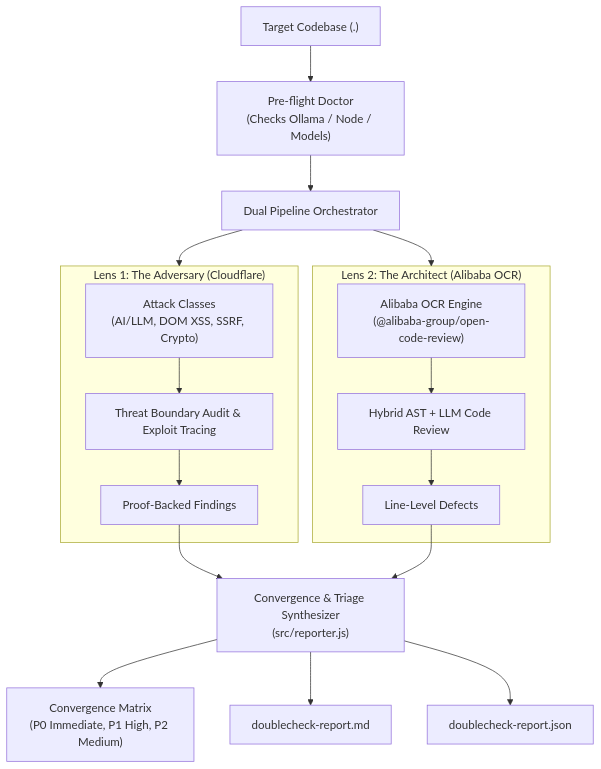
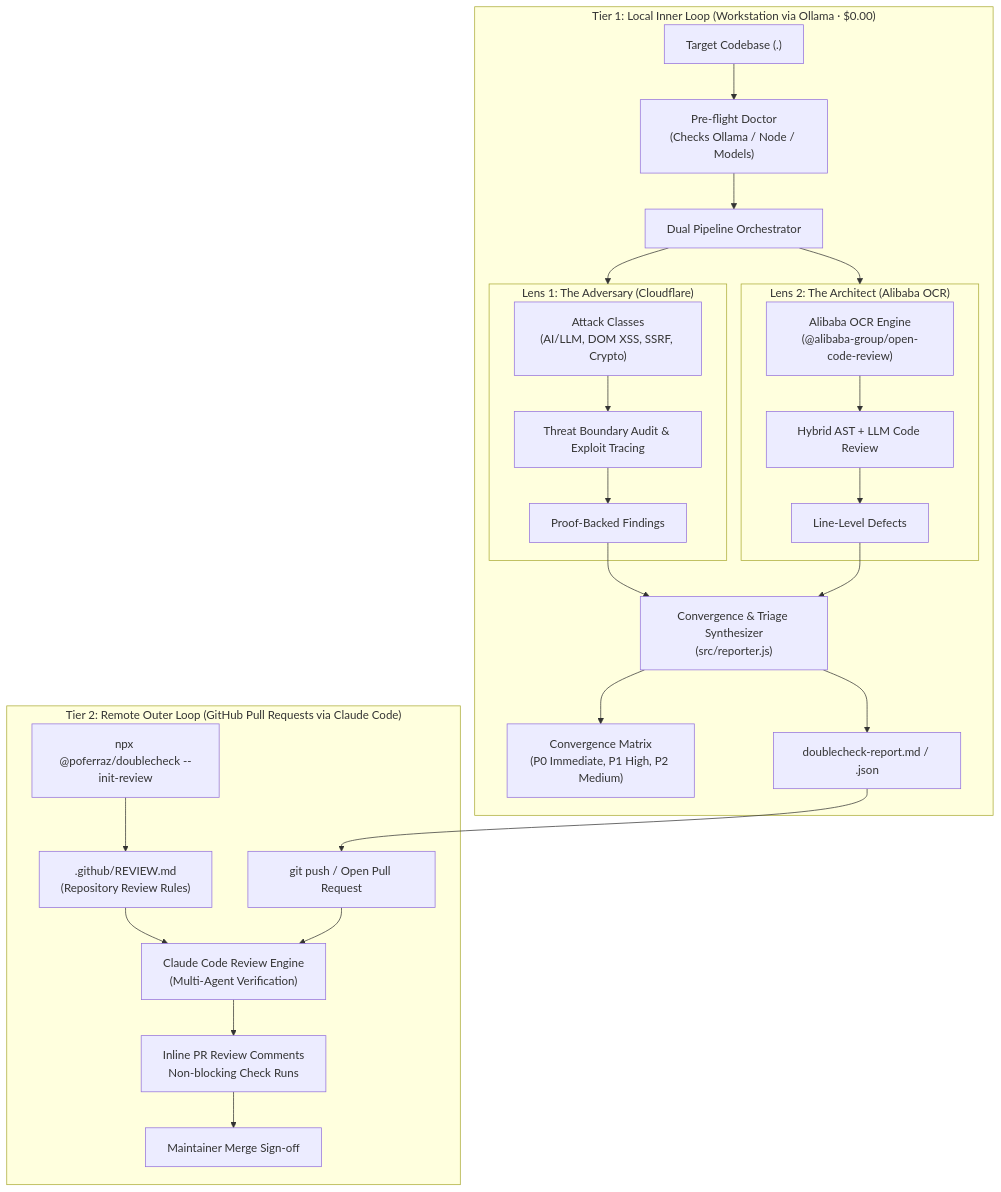
The diagram in README.md (poferraz/doublecheck), drawn with Mermaid before and after one commit. The commit also changed other lines of this file, not shown here.

Commit message:
docs(readme): overhaul README with Claude Code Review prominence, TOC, and reference tables

````diff
--- a/README.md
+++ b/README.md
@@ -67,25 +108,35 @@
 ```mermaid
 flowchart TD
-    Target["Target Codebase (.)"] --> Doctor["Pre-flight Doctor\n(Checks Ollama / Node / Models)"]
-    Doctor --> Orchestrator["Dual Pipeline Orchestrator"]
-    
-    subgraph Lens1 ["Lens 1: The Adversary (Cloudflare)"]
-        CF_Rules["Attack Classes\n(AI/LLM, DOM XSS, SSRF, Crypto)"] --> CF_Hunt["Threat Boundary Audit & Exploit Tracing"]
-        CF_Hunt --> CF_Findings["Proof-Backed Findings"]
+    subgraph Tier1 ["Tier 1: Local Inner Loop (Workstation via Ollama · $0.00)"]
+        Target["Target Codebase (.)"] --> Doctor["Pre-flight Doctor\n(Checks Ollama / Node / Models)"]
+        Doctor --> Orchestrator["Dual Pipeline Orchestrator"]
+        
+        subgraph Lens1 ["Lens 1: The Adversary (Cloudflare)"]
+            CF_Rules["Attack Classes\n(AI/LLM, DOM XSS, SSRF, Crypto)"] --> CF_Hunt["Threat Boundary Audit & Exploit Tracing"]
+            CF_Hunt --> CF_Findings["Proof-Backed Findings"]
+        end
+        
+        subgraph Lens2 ["Lens 2: The Architect (Alibaba OCR)"]
+            Ali_Engine["Alibaba OCR Engine\n(@alibaba-group/open-code-review)"] --> Ali_AST["Hybrid AST + LLM Code Review"]
+            Ali_AST --> Ali_Comments["Line-Level Defects"]
+        end
+        
+        Orchestrator --> Lens1
+        Orchestrator --> Lens2
+        
+        CF_Findings --> Synthesizer["Convergence & Triage Synthesizer\n(src/reporter.js)"]
+        Ali_Comments --> Synthesizer
+        
+        Synthesizer --> Matrix["Convergence Matrix\n(P0 Immediate, P1 High, P2 Medium)"]
+        Synthesizer --> LocalReports["doublecheck-report.md / .json"]
     end
-    
-    subgraph Lens2 ["Lens 2: The Architect (Alibaba OCR)"]
-        Ali_Engine["Alibaba OCR Engine\n(@alibaba-group/open-code-review)"] --> Ali_AST["Hybrid AST + LLM Code Review"]
-        Ali_AST --> Ali_Comments["Line-Level Defects"]
+
+    subgraph Tier2 ["Tier 2: Remote Outer Loop (GitHub Pull Requests via Claude Code)"]
+        InitReview["npx @poferraz/doublecheck --init-review"] --> ReviewMd[".github/REVIEW.md\n(Repository Review Rules)"]
+        LocalReports --> PushPR["git push / Open Pull Request"]
+        ReviewMd --> ClaudeCR["Claude Code Review Engine\n(Multi-Agent Verification)"]
+        PushPR --> ClaudeCR
+        ClaudeCR --> InlineComments["Inline PR Review Comments\nNon-blocking Check Runs"]
+        InlineComments --> Maintainer["Maintainer Merge Sign-off"]
     end
-    
-    Orchestrator --> Lens1
-    Orchestrator --> Lens2
-    
-    CF_Findings --> Synthesizer["Convergence & Triage Synthesizer\n(src/reporter.js)"]
-    Ali_Comments --> Synthesizer
-    
-    Synthesizer --> Matrix["Convergence Matrix\n(P0 Immediate, P1 High, P2 Medium)"]
-    Synthesizer --> Markdown["doublecheck-report.md"]
-    Synthesizer --> JSON["doublecheck-report.json"]
 ```
````
